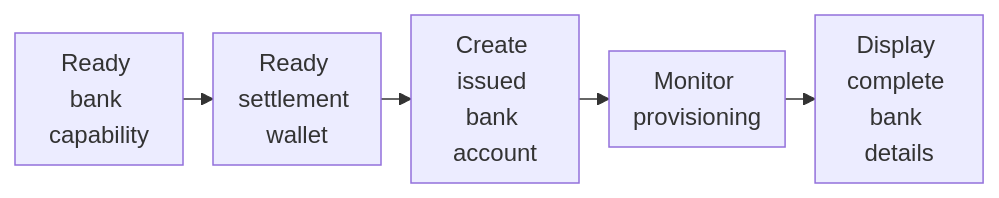
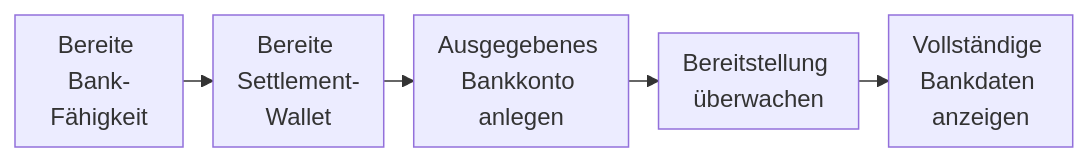
The diagram in de/integration/issue-bank-account.mdx (swipelux/public-docs), drawn with Mermaid before and after one commit. The commit also changed other lines of this file and 285 other files, not shown here.

````diff
--- a/de/integration/issue-bank-account.mdx
+++ b/de/integration/issue-bank-account.mdx
@@ -8,8 +8,8 @@
 ```mermaid
 %%{init: {"flowchart": {"rankSpacing": 20, "nodeSpacing": 16, "wrappingWidth": 80, "padding": 8}}}%%
 flowchart LR
-  A["Ready bank capability"] --> B["Ready settlement wallet"]
-  B --> C["Create issued bank account"]
-  C --> D["Monitor provisioning"]
-  D --> E["Display complete bank details"]
+  A["Bereite Bank-Fähigkeit"] --> B["Bereite Settlement-Wallet"]
+  B --> C["Ausgegebenes Bankkonto anlegen"]
+  C --> D["Bereitstellung überwachen"]
+  D --> E["Vollständige Bankdaten anzeigen"]
 ```
````
